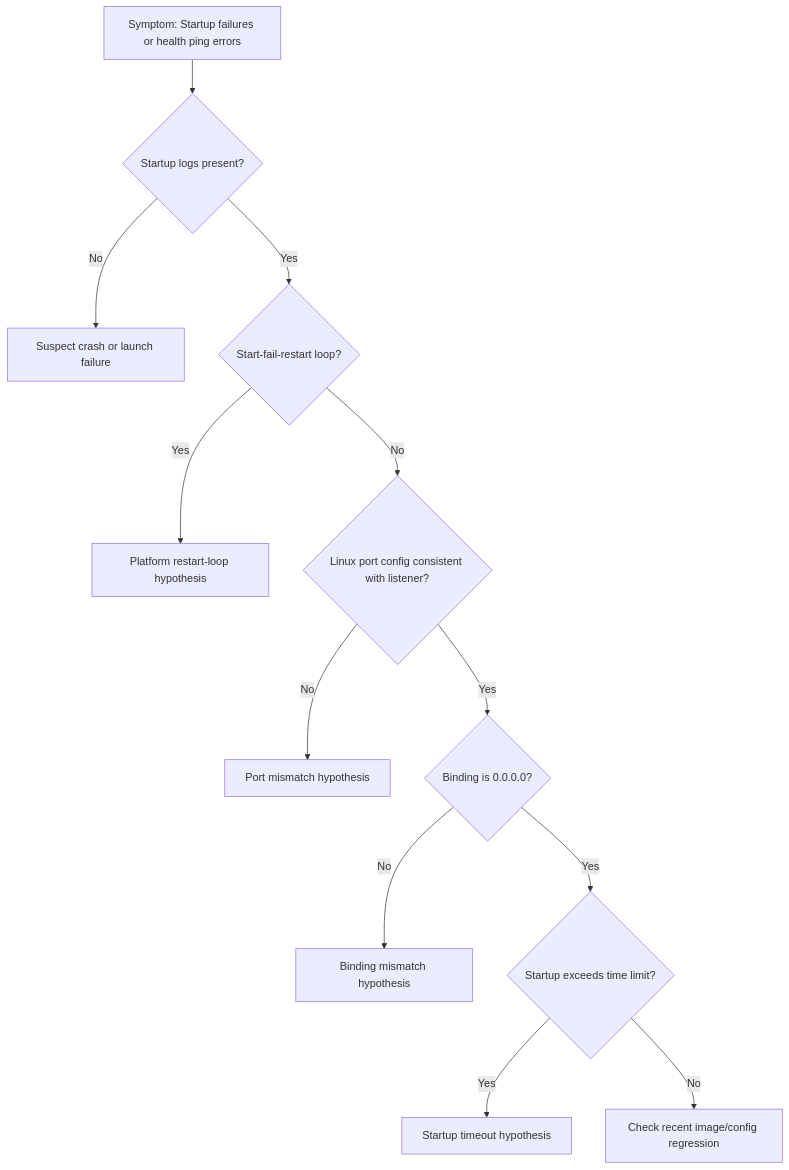
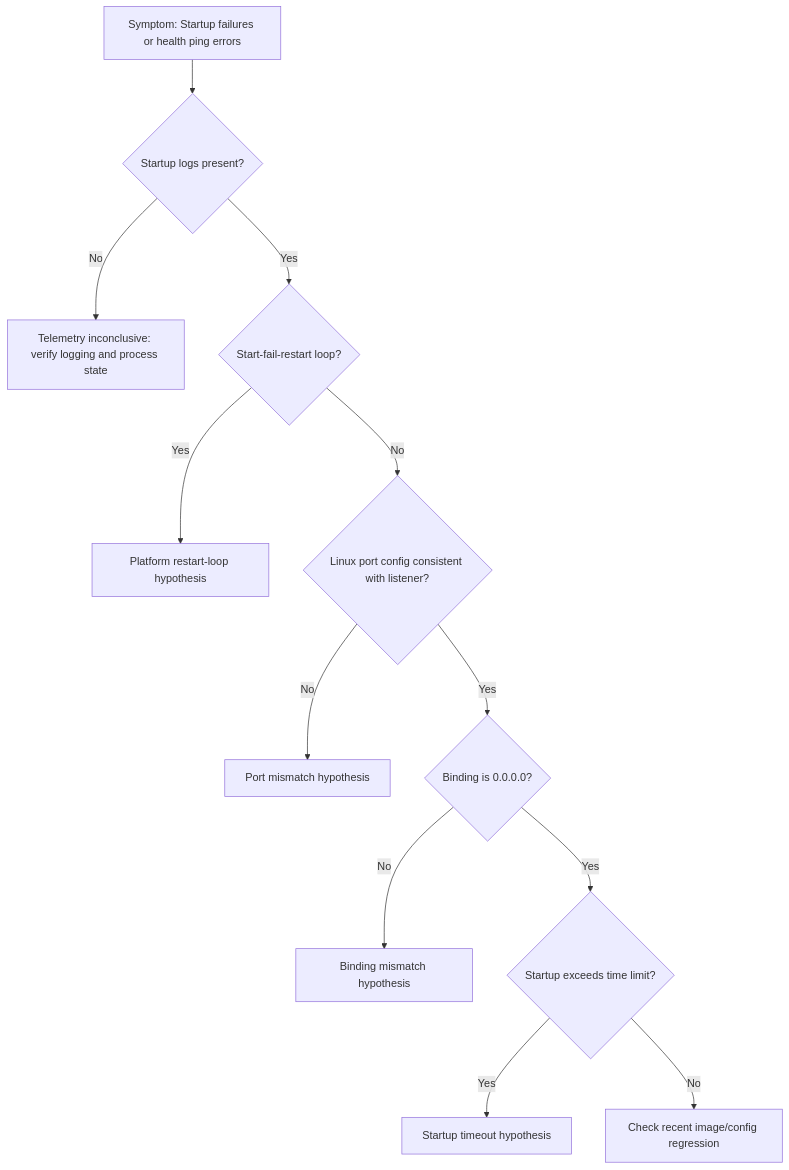
One commit to yeongseon/azure-app-service-practical-guide changed the diagram in docs/troubleshooting/first-10-minutes/startup-availability.md. Above: the diagram before and after it, drawn with Mermaid. The commit also changed other lines of this file and 11 other files, not shown here.

````diff
--- a/docs/troubleshooting/first-10-minutes/startup-availability.md
+++ b/docs/troubleshooting/first-10-minutes/startup-availability.md
@@ -29,14 +29,14 @@
 ```mermaid
 graph TD
     A[Symptom: Startup failures or health ping errors] --> B{Startup logs present?}
-    B -- No --> C[Suspect crash or launch failure]
+    B -- No --> C[Telemetry inconclusive: verify logging and process state]
     B -- Yes --> D{Start-fail-restart loop?}
     D -- Yes --> E[Platform restart-loop hypothesis]
     D -- No --> F{Linux port config consistent with listener?}
     F -- No --> G[Port mismatch hypothesis]
     F -- Yes --> H{Binding is 0.0.0.0?}
     H -- No --> I[Binding mismatch hypothesis]
     H -- Yes --> J{Startup exceeds time limit?}
     J -- Yes --> K[Startup timeout hypothesis]
     J -- No --> L[Check recent image/config regression]
 ```
````
